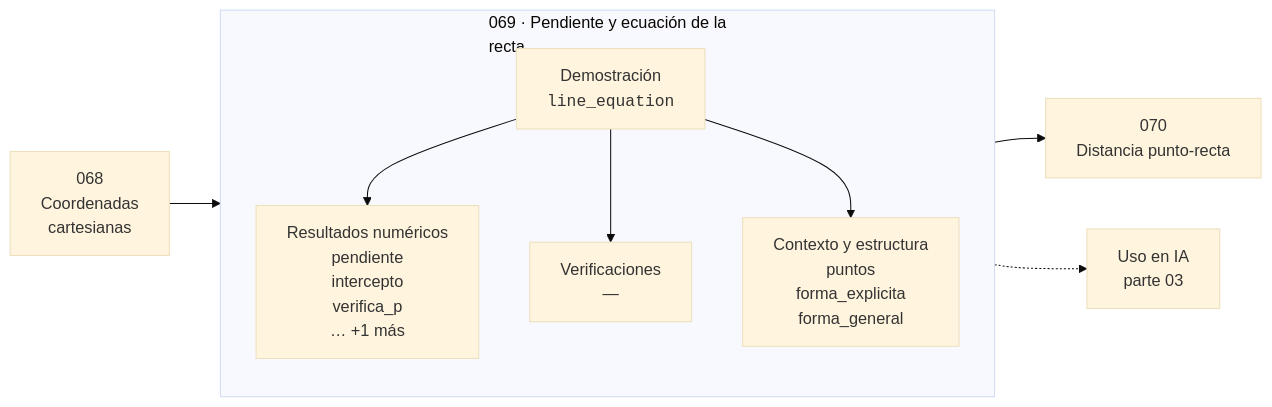
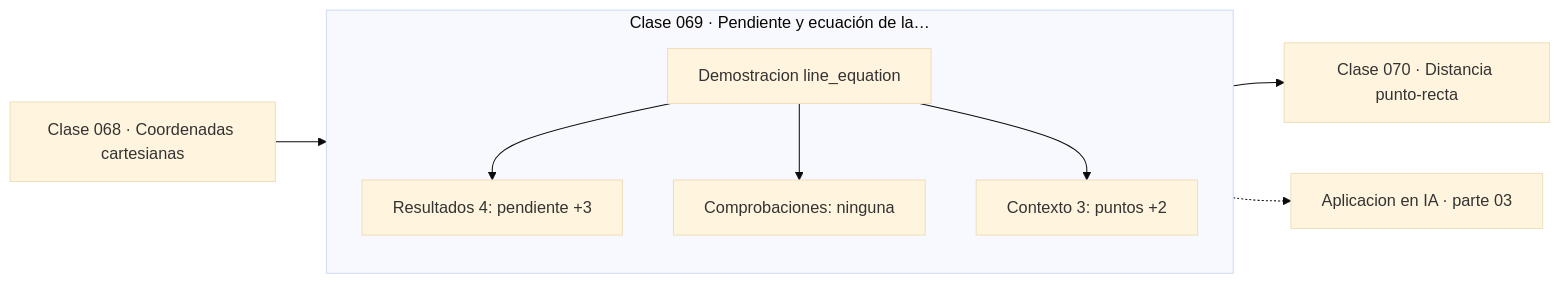
Before and after one commit to vladimiracunadev-create/computational-mathematics-program: the diagram in classes/part-03-geometria-trigonometria-y-geometria-analitica/069-pendiente-y-ecuacion-de-la-recta/README.md, drawn with Mermaid (base theme). The commit also changed 389 other files, not shown here.

First line of the commit message:
fix(diagramas): elimina el HTML de las etiquetas Mermaid

````diff
--- a/classes/part-03-geometria-trigonometria-y-geometria-analitica/069-pendiente-y-ecuacion-de-la-recta/README.md
+++ b/classes/part-03-geometria-trigonometria-y-geometria-analitica/069-pendiente-y-ecuacion-de-la-recta/README.md
@@ -36,12 +36,13 @@
 ```mermaid
 flowchart LR
-    P["068<br/>Coordenadas<br/>cartesianas"] --> C
-    subgraph C["069 · Pendiente y ecuación de la<br/>recta"]
+    P["Clase 068 · Coordenadas cartesianas"] --> D
+    subgraph CLASE["Clase 069 · Pendiente y ecuación de la…"]
         direction TB
-        D["Demostración<br/><code>line_equation</code>"] --> R["Resultados numéricos<br/>pendiente<br/>intercepto<br/>verifica_p<br/>… +1 más"]
-        D --> V["Verificaciones<br/>—"]
-        D --> O["Contexto y estructura<br/>puntos<br/>forma_explicita<br/>forma_general"]
+        D["Demostracion line_equation"]
+        D --> R["Resultados 4: pendiente +3"]
+        D --> V["Comprobaciones: ninguna"]
+        D --> O["Contexto 3: puntos +2"]
     end
-    C --> N["070<br/>Distancia punto-recta"]
-    C -.-> IA["Uso en IA<br/>parte 03"]
+    R --> N["Clase 070 · Distancia punto-recta"]
+    V -.-> IA["Aplicacion en IA · parte 03"]
 ```
````
